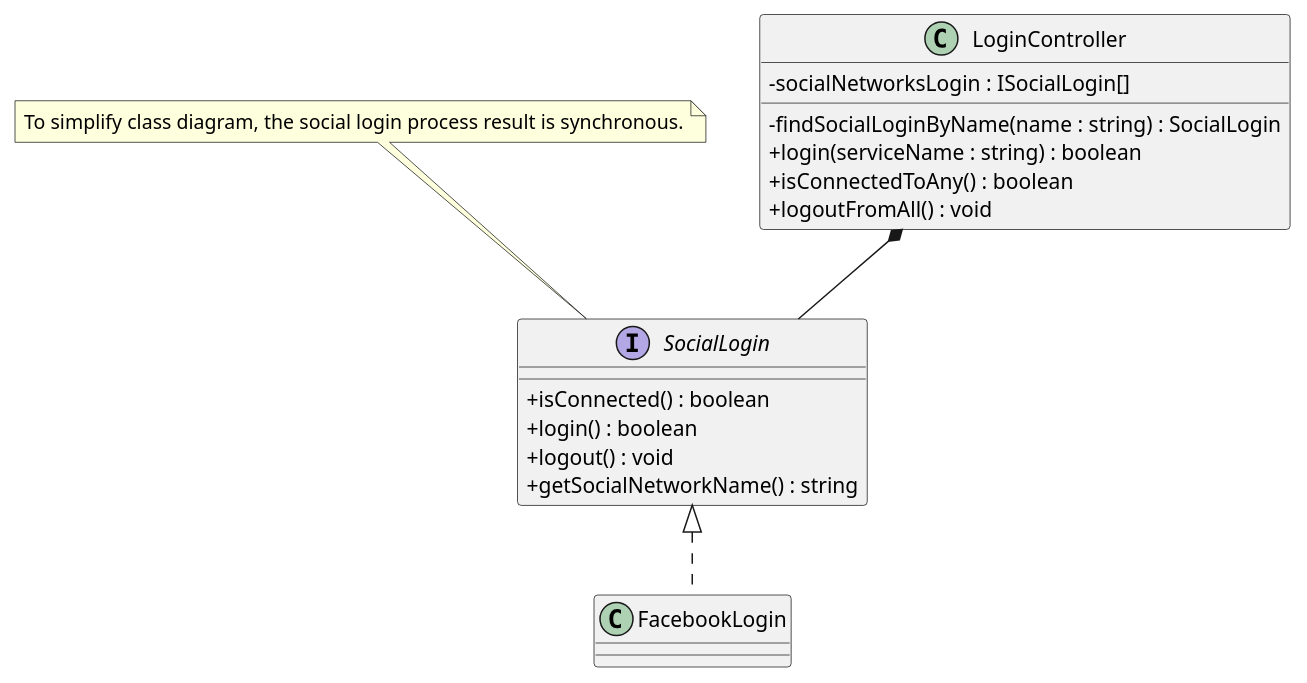
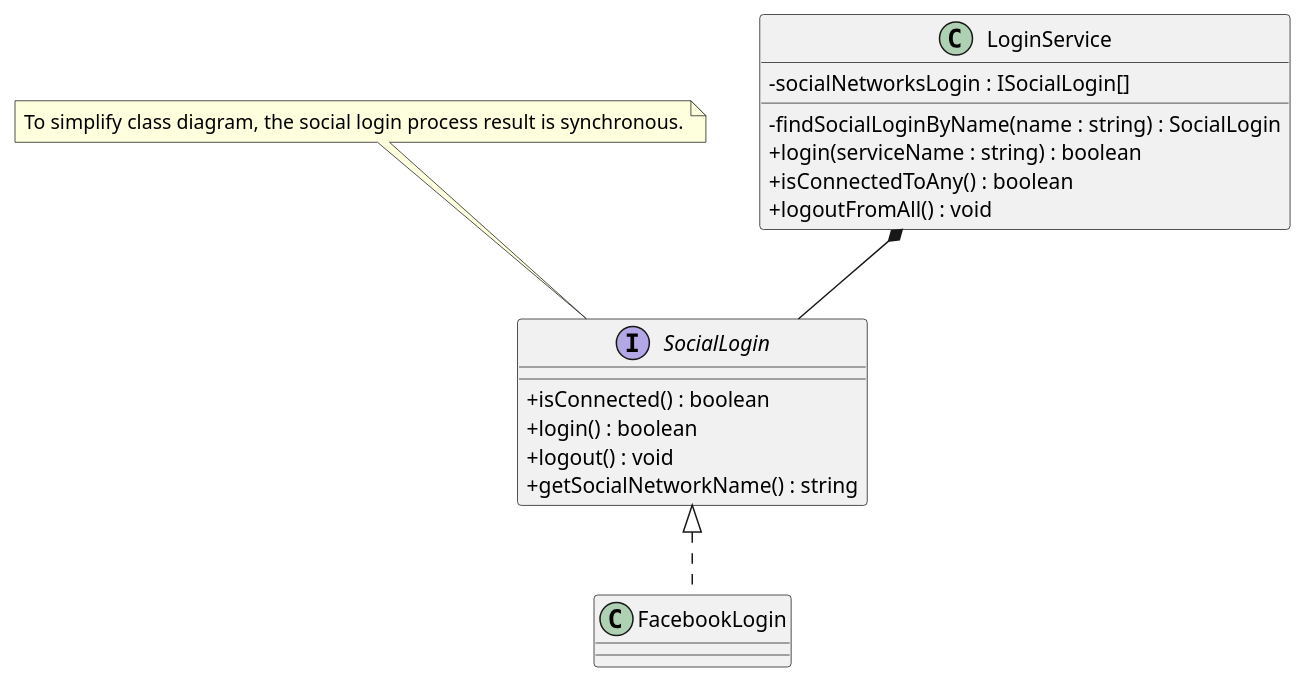
One commit to CPNV-ES/RIA-EggFlix changed the diagram in doc/socialNetworks.puml. Above: the diagram before and after it, drawn with PlantUML.

Commit message:
chore : change login controller to login service (cause it's not a controller)

```diff
--- a/doc/socialNetworks.puml
+++ b/doc/socialNetworks.puml
@@ -1,30 +1,30 @@
 @startuml Class Diagram
 skinparam classAttributeIconSize 0
 
 /'
 Class Diagram for the login with socials medias / auth system for EggFlix
 '/
 
 interface SocialLogin{
     + isConnected() : boolean
     + login() : boolean
     + logout() : void
     + getSocialNetworkName() : string
 }
 
 note top: To simplify class diagram, the social login process result is synchronous.
 
 class FacebookLogin implements SocialLogin{
 
 }
 
-class LoginController{
+class LoginService{
     - socialNetworksLogin : ISocialLogin[]
     - findSocialLoginByName(name : string) : SocialLogin
     + login(serviceName : string) : boolean
     + isConnectedToAny() : boolean
     + logoutFromAll() : void
 }
-'LoginController needs some SocialLogin to live
-LoginController *-- SocialLogin
+'LoginService needs some SocialLogin to live
+LoginService *-- SocialLogin
 @enduml
```
